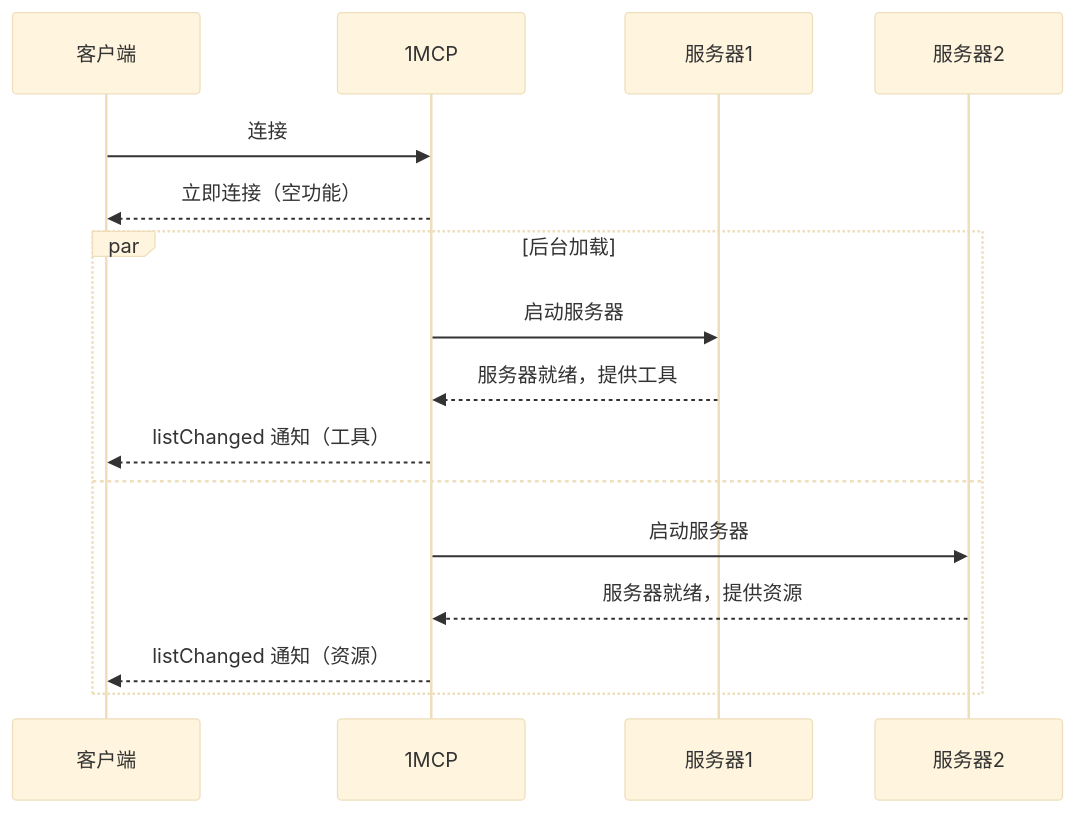
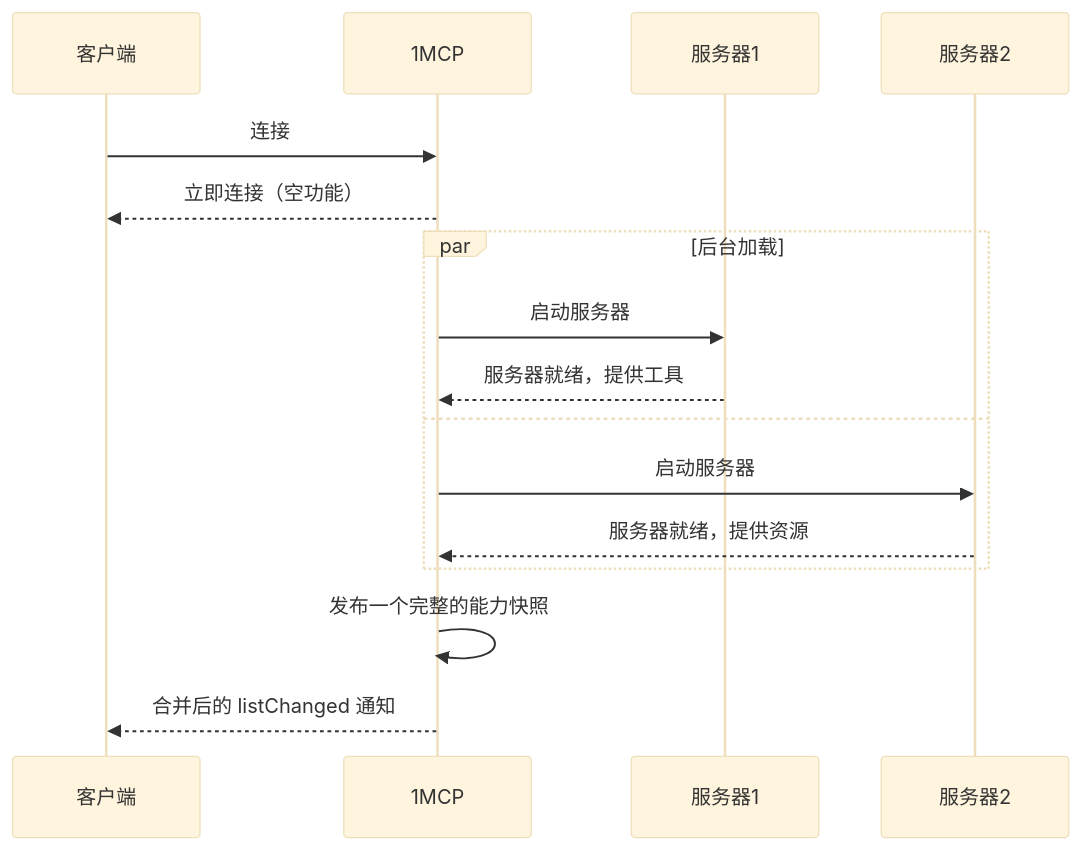
Before and after one commit to 1mcp-app/agent: the second of 2 diagrams in docs/zh/guide/advanced/fast-startup.md, drawn with Mermaid (base theme). The commit also changed other lines of this file and 12 other files, not shown here.

````diff
--- a/docs/zh/guide/advanced/fast-startup.md
+++ b/docs/zh/guide/advanced/fast-startup.md
@@ -114,20 +114,20 @@
 ```mermaid
 sequenceDiagram
     participant 客户端
     participant 1MCP
     participant 服务器1
     participant 服务器2
 
     客户端->>1MCP: 连接
     1MCP-->>客户端: 立即连接（空功能）
 
     par 后台加载
         1MCP->>服务器1: 启动服务器
         服务器1-->>1MCP: 服务器就绪，提供工具
-        1MCP-->>客户端: listChanged 通知（工具）
     and
         1MCP->>服务器2: 启动服务器
         服务器2-->>1MCP: 服务器就绪，提供资源
-        1MCP-->>客户端: listChanged 通知（资源）
     end
+    1MCP->>1MCP: 发布一个完整的能力快照
+    1MCP-->>客户端: 合并后的 listChanged 通知
 ```
````
